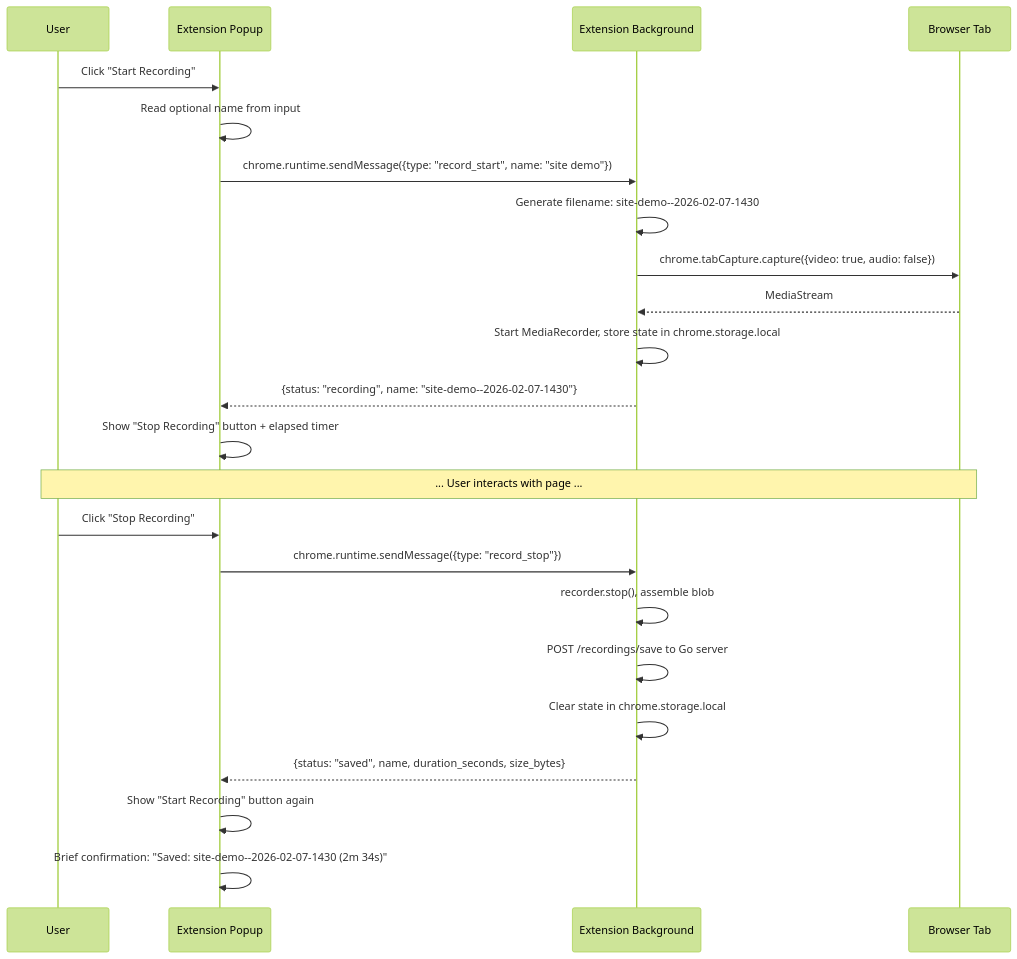
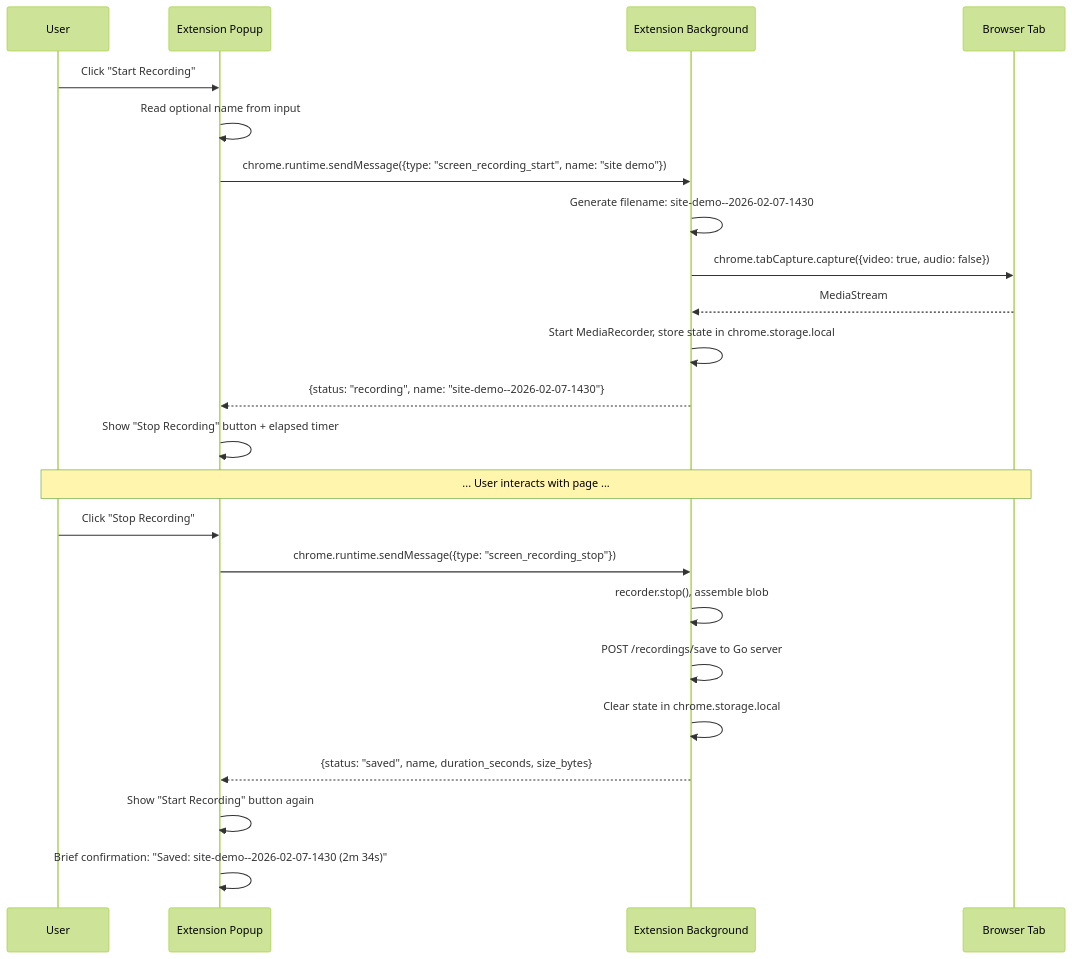
Before and after one commit to brennhill/gasoline-mcp-ai-devtools: the second of 10 diagrams in docs/features/feature/tab-recording/tech-spec.md, drawn with Mermaid (forest theme). The commit also changed other lines of this file and 223 other files, not shown here.

````diff
--- a/docs/features/feature/tab-recording/tech-spec.md
+++ b/docs/features/feature/tab-recording/tech-spec.md
@@ -66,32 +66,32 @@
 ```mermaid
 sequenceDiagram
     participant User as User
     participant Popup as Extension Popup
     participant BG as Extension Background
     participant Tab as Browser Tab
 
     User->>Popup: Click "Start Recording"
     Popup->>Popup: Read optional name from input
-    Popup->>BG: chrome.runtime.sendMessage({type: "record_start", name: "site demo"})
+    Popup->>BG: chrome.runtime.sendMessage({type: "screen_recording_start", name: "site demo"})
 
     BG->>BG: Generate filename: site-demo--2026-02-07-1430
     BG->>Tab: chrome.tabCapture.capture({video: true, audio: false})
     Tab-->>BG: MediaStream
     BG->>BG: Start MediaRecorder, store state in chrome.storage.local
     BG-->>Popup: {status: "recording", name: "site-demo--2026-02-07-1430"}
 
     Popup->>Popup: Show "Stop Recording" button + elapsed timer
 
     Note over User,Tab: ... User interacts with page ...
 
     User->>Popup: Click "Stop Recording"
-    Popup->>BG: chrome.runtime.sendMessage({type: "record_stop"})
+    Popup->>BG: chrome.runtime.sendMessage({type: "screen_recording_stop"})
 
     BG->>BG: recorder.stop(), assemble blob
     BG->>BG: POST /recordings/save to Go server
     BG->>BG: Clear state in chrome.storage.local
     BG-->>Popup: {status: "saved", name, duration_seconds, size_bytes}
 
     Popup->>Popup: Show "Start Recording" button again
     Popup->>Popup: Brief confirmation: "Saved: site-demo--2026-02-07-1430 (2m 34s)"
 ```
````
